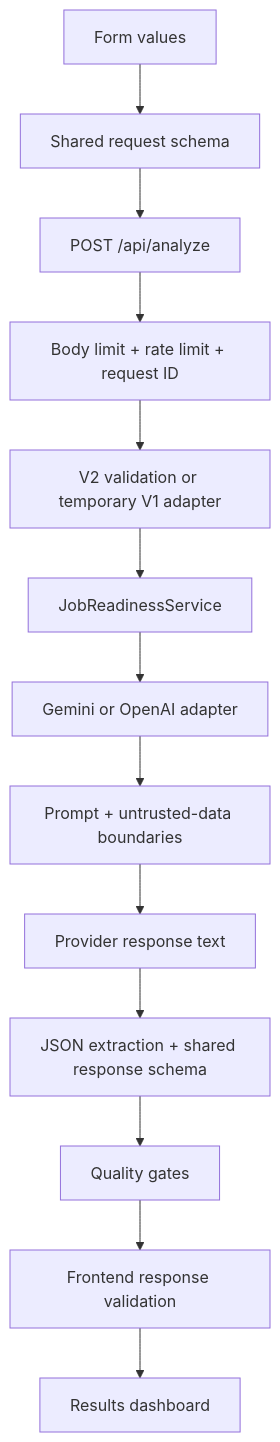
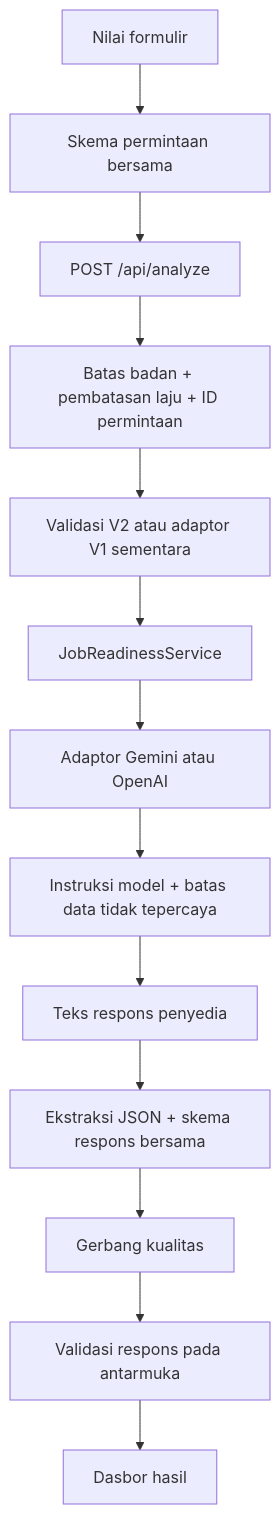
One commit to sulujulianto/lokerlens-ai changed the second of 2 diagrams in docs/ARCHITECTURE.md. Above: the diagram before and after it, drawn with Mermaid. The commit also changed other lines of this file and 11 other files, not shown here.

````diff
--- a/docs/ARCHITECTURE.md
+++ b/docs/ARCHITECTURE.md
@@ -27,15 +37,15 @@
 ```mermaid
 flowchart TD
-    A["Form values"] --> B["Shared request schema"]
+    A["Nilai formulir"] --> B["Skema permintaan bersama"]
     B --> C["POST /api/analyze"]
-    C --> D["Body limit + rate limit + request ID"]
-    D --> E["V2 validation or temporary V1 adapter"]
+    C --> D["Batas badan + pembatasan laju + ID permintaan"]
+    D --> E["Validasi V2 atau adaptor V1 sementara"]
     E --> F["JobReadinessService"]
-    F --> G["Gemini or OpenAI adapter"]
-    G --> H["Prompt + untrusted-data boundaries"]
-    H --> I["Provider response text"]
-    I --> J["JSON extraction + shared response schema"]
-    J --> K["Quality gates"]
-    K --> L["Frontend response validation"]
-    L --> M["Results dashboard"]
+    F --> G["Adaptor Gemini atau OpenAI"]
+    G --> H["Instruksi model + batas data tidak tepercaya"]
+    H --> I["Teks respons penyedia"]
+    I --> J["Ekstraksi JSON + skema respons bersama"]
+    J --> K["Gerbang kualitas"]
+    K --> L["Validasi respons pada antarmuka"]
+    L --> M["Dasbor hasil"]
 ```
````
